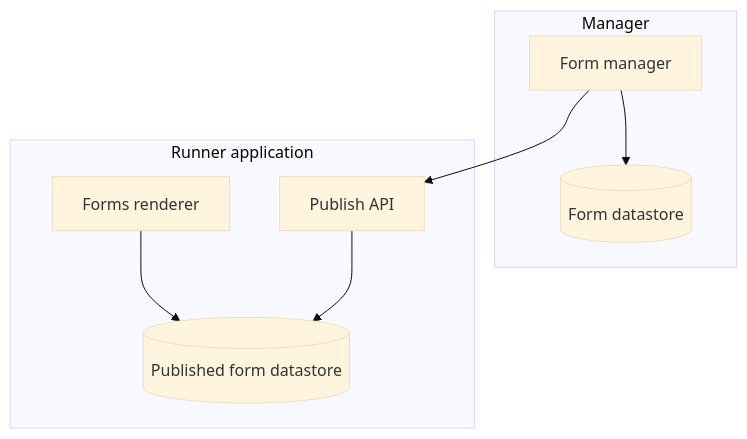
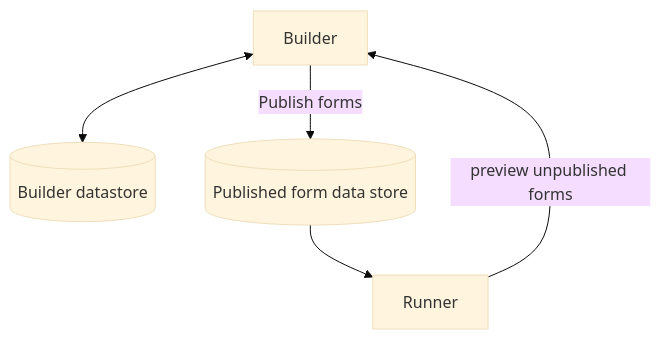
The second of 3 diagrams in ADR/ADR004-store-form-schemas-in-an-api.md (alphagov/forms), drawn with Mermaid (base theme) before and after one commit. The commit also changed other lines of this file, not shown here.

````diff
--- a/ADR/ADR004-store-form-schemas-in-an-api.md
+++ b/ADR/ADR004-store-form-schemas-in-an-api.md
@@ -41,18 +87,12 @@
 ```mermaid
 flowchart
-  subgraph Manager
-    managerService[Form manager]
-    managerDatastore[(Form datastore)]
-  end
+  managerService[Builder]
+  managerDatastore[(Builder datastore)]
+  formDatastore[(Published form data store)]
+  formRenderer[Runner]
 
-  subgraph Runner[Runner application]
-    api[Publish API]
-    renderer[Forms renderer]
-    store[(Published form datastore)]
-  end
-
-  managerService --> api
-  renderer --> store
-  managerService --> managerDatastore
-  api --> store
+  managerService <--> managerDatastore
+  managerService -- Publish forms --> formDatastore
+  formDatastore --> formRenderer
+  formRenderer --preview unpublished forms--> managerService
 ```
````
